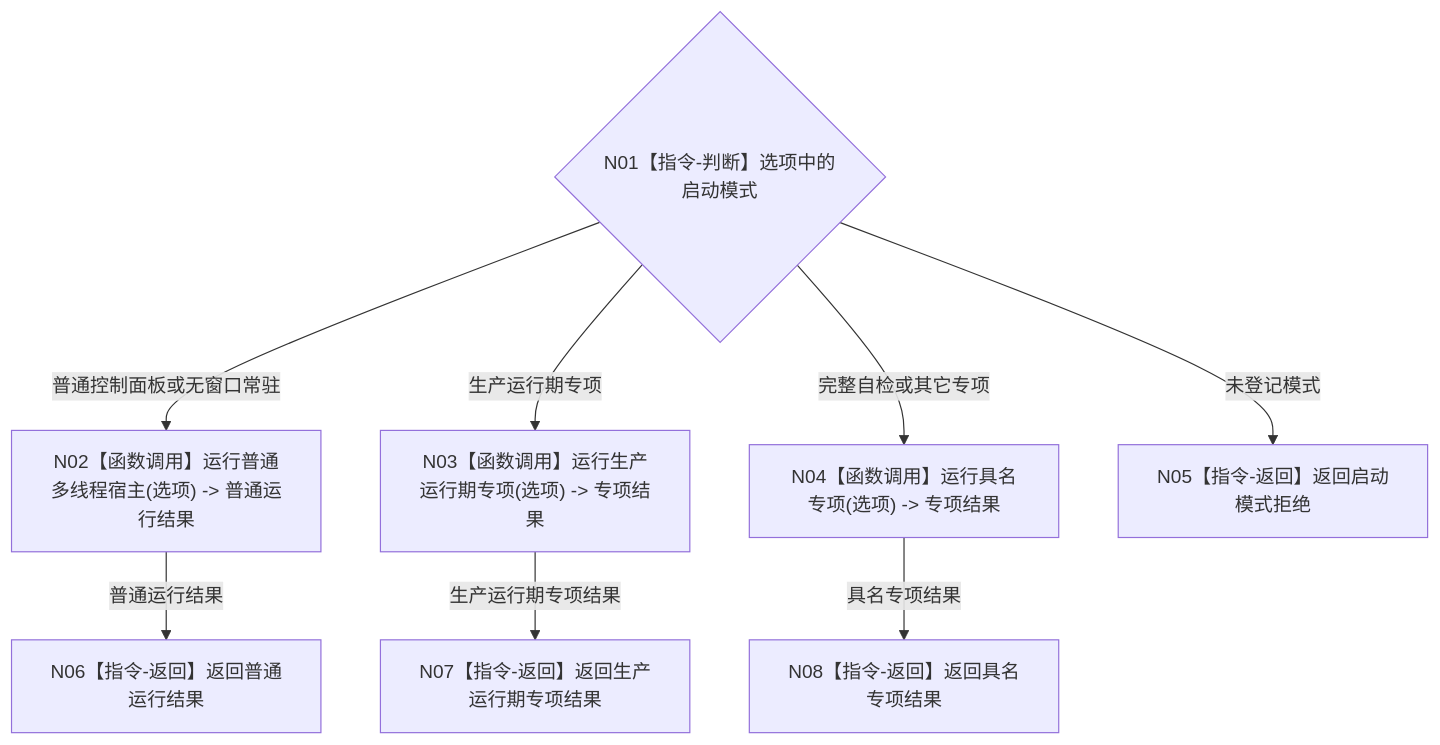
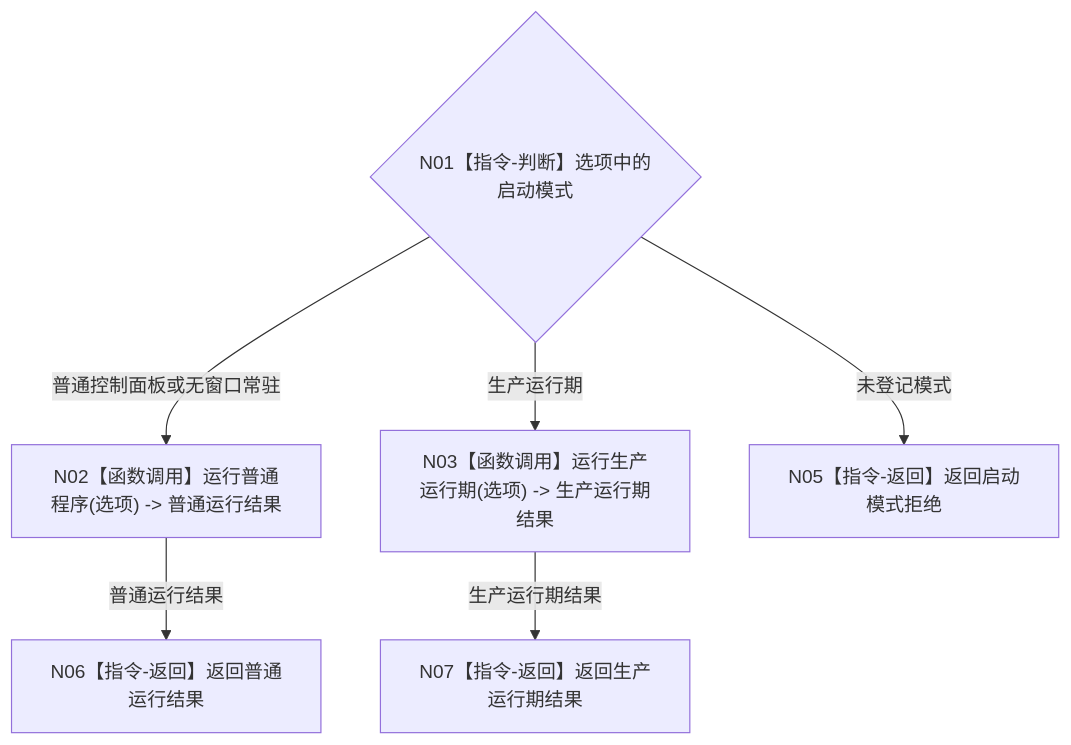
The diagram in 流程图/目标业务流程图/BIZ-L0_项目总体业务生命周期_目标业务流程图_v0.3.md (chunhaizh-cyber/HY-Ego), drawn with Mermaid before and after one commit. The commit also changed other lines of this file and 11 other files, not shown here.

````diff
--- a/流程图/目标业务流程图/BIZ-L0_项目总体业务生命周期_目标业务流程图_v0.3.md
+++ b/流程图/目标业务流程图/BIZ-L0_项目总体业务生命周期_目标业务流程图_v0.3.md
@@ -33,11 +33,9 @@
 ```mermaid
 flowchart TD
     N01{"N01【指令-判断】选项中的启动模式"}
-    N01 -->|普通控制面板或无窗口常驻| N02["N02【函数调用】运行普通多线程宿主(选项) -> 普通运行结果"]
-    N01 -->|生产运行期专项| N03["N03【函数调用】运行生产运行期专项(选项) -> 专项结果"]
-    N01 -->|完整自检或其它专项| N04["N04【函数调用】运行具名专项(选项) -> 专项结果"]
+    N01 -->|普通控制面板或无窗口常驻| N02["N02【函数调用】运行普通程序(选项) -> 普通运行结果"]
+    N01 -->|生产运行期| N03["N03【函数调用】运行生产运行期(选项) -> 生产运行期结果"]
     N01 -->|未登记模式| N05["N05【指令-返回】返回启动模式拒绝"]
     N02 -->|普通运行结果| N06["N06【指令-返回】返回普通运行结果"]
-    N03 -->|生产运行期专项结果| N07["N07【指令-返回】返回生产运行期专项结果"]
-    N04 -->|具名专项结果| N08["N08【指令-返回】返回具名专项结果"]
+    N03 -->|生产运行期结果| N07["N07【指令-返回】返回生产运行期结果"]
 ```
````
